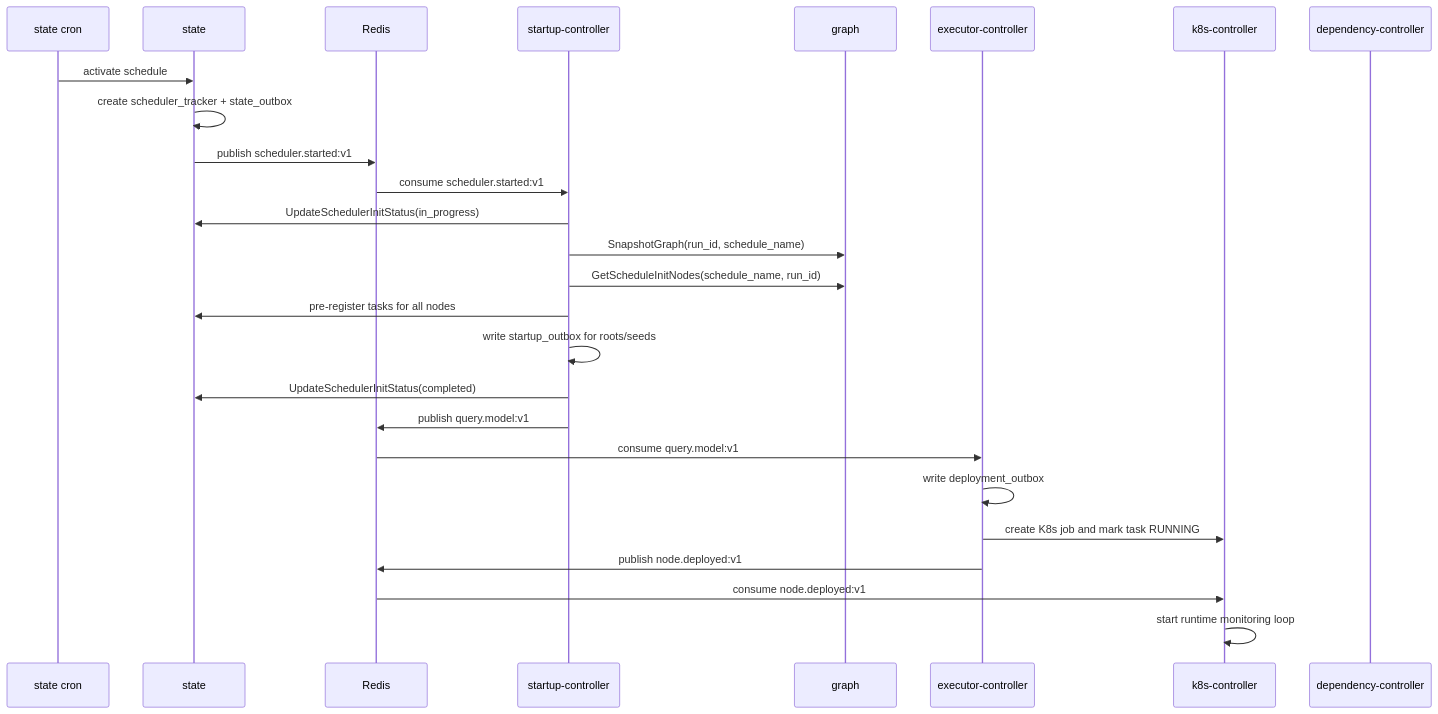
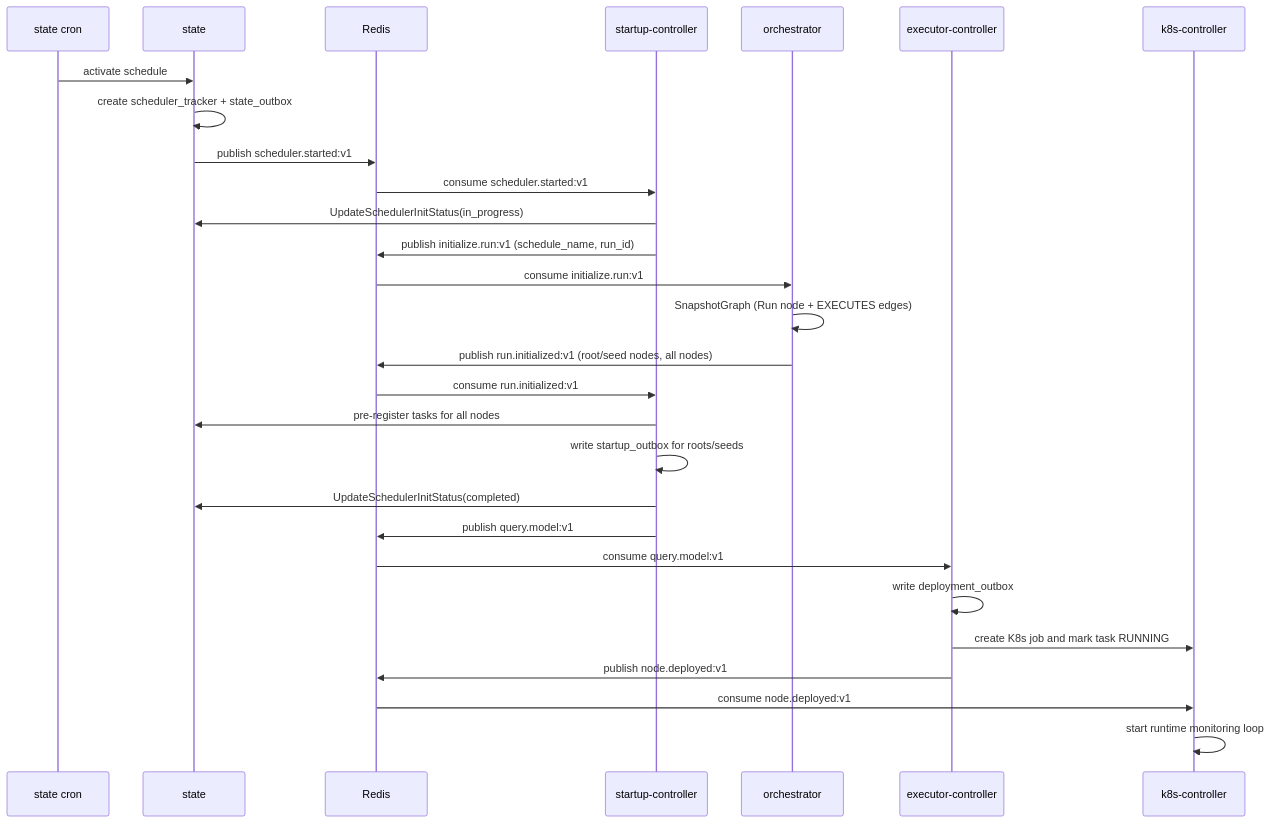
Before and after one commit to carolsimone/continuo: the first of 5 diagrams in docs/arch/03-sequence-flows.md, drawn with Mermaid. The commit also changed other lines of this file and 108 other files, not shown here.

First line of the commit message:
refactor: delete graph and dependency-controller, replace with orchestrator

````diff
--- a/docs/arch/03-sequence-flows.md
+++ b/docs/arch/03-sequence-flows.md
@@ -5,29 +5,31 @@
 ```mermaid
 sequenceDiagram
   participant Cron as state cron
   participant ST as state
   participant R as Redis
   participant SC as startup-controller
-  participant GR as graph
+  participant OR as orchestrator
   participant EC as executor-controller
   participant KC as k8s-controller
-  participant DC as dependency-controller
 
   Cron->>ST: activate schedule
   ST->>ST: create scheduler_tracker + state_outbox
   ST->>R: publish scheduler.started:v1
   R->>SC: consume scheduler.started:v1
   SC->>ST: UpdateSchedulerInitStatus(in_progress)
-  SC->>GR: SnapshotGraph(run_id, schedule_name)
-  SC->>GR: GetScheduleInitNodes(schedule_name, run_id)
+  SC->>R: publish initialize.run:v1 (schedule_name, run_id)
+  R->>OR: consume initialize.run:v1
+  OR->>OR: SnapshotGraph (Run node + EXECUTES edges)
+  OR->>R: publish run.initialized:v1 (root/seed nodes, all nodes)
+  R->>SC: consume run.initialized:v1
   SC->>ST: pre-register tasks for all nodes
   SC->>SC: write startup_outbox for roots/seeds
   SC->>ST: UpdateSchedulerInitStatus(completed)
   SC->>R: publish query.model:v1
   R->>EC: consume query.model:v1
   EC->>EC: write deployment_outbox
   EC->>KC: create K8s job and mark task RUNNING
   EC->>R: publish node.deployed:v1
   R->>KC: consume node.deployed:v1
   KC->>KC: start runtime monitoring loop
 ```
````
